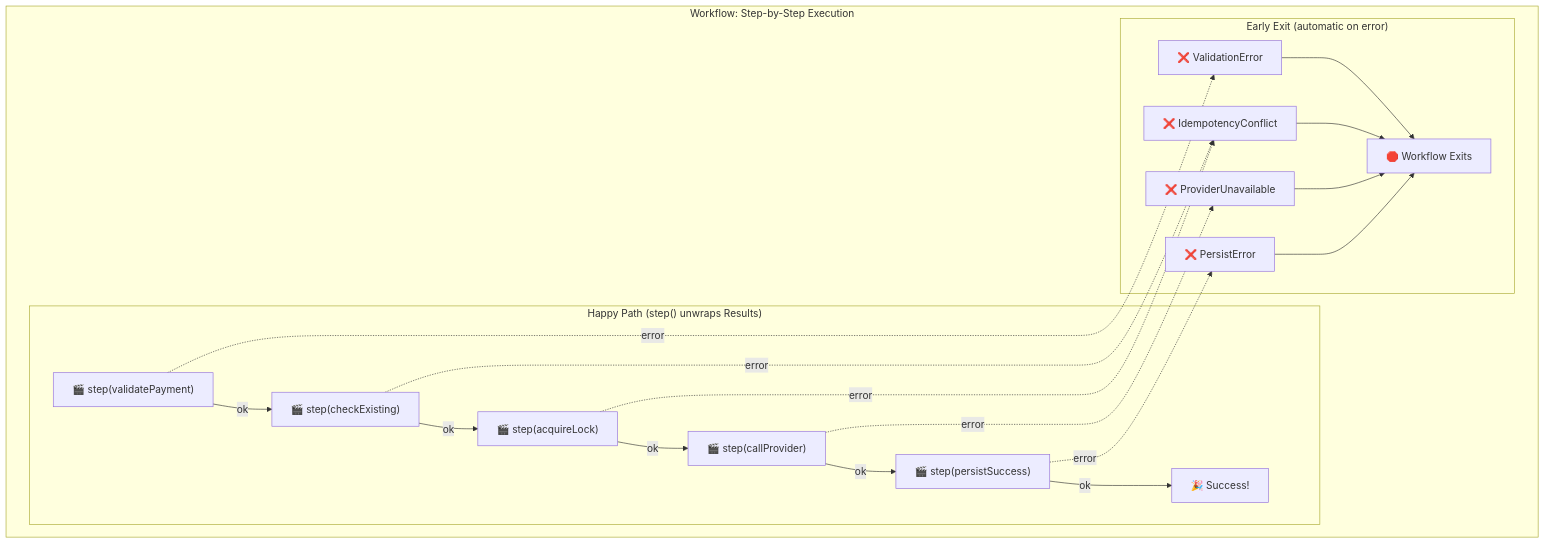
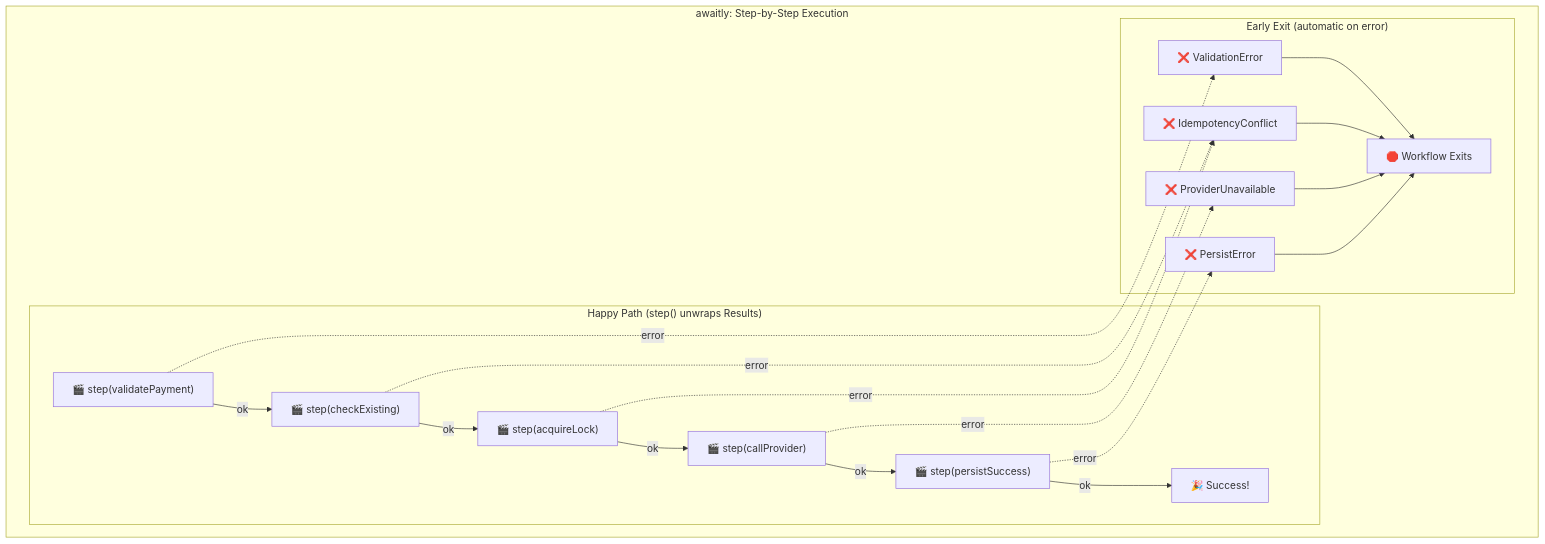
One commit to jagreehal/trycatch-vs-neverthrow-vs-effect changed the sixth of 8 diagrams in README.md. Above: the diagram before and after it, drawn with Mermaid. The commit also changed other lines of this file and 11 other files, not shown here.

````diff
--- a/README.md
+++ b/README.md
@@ -526,37 +526,37 @@
 ```mermaid
 flowchart TD
-    subgraph "Workflow: Step-by-Step Execution"
+    subgraph "awaitly: Step-by-Step Execution"
         subgraph "Happy Path (step() unwraps Results)"
             S1["🎬 step(validatePayment)"]
             S2["🎬 step(checkExisting)"]
             S3["🎬 step(acquireLock)"]
             S4["🎬 step(callProvider)"]
             S5["🎬 step(persistSuccess)"]
             S6["🎉 Success!"]
             S1 -->|"ok"| S2
             S2 -->|"ok"| S3
             S3 -->|"ok"| S4
             S4 -->|"ok"| S5
             S5 -->|"ok"| S6
         end
 
         subgraph "Early Exit (automatic on error)"
             E1["❌ ValidationError"]
             E2["❌ IdempotencyConflict"]
             E3["❌ ProviderUnavailable"]
             E4["❌ PersistError"]
             EXIT["🛑 Workflow Exits"]
         end
 
         S1 -.error.-> E1
         S2 -.error.-> E2
         S3 -.error.-> E2
         S4 -.error.-> E3
         S5 -.error.-> E4
         
         E1 --> EXIT
         E2 --> EXIT
         E3 --> EXIT
         E4 --> EXIT
     end
 ```
````
